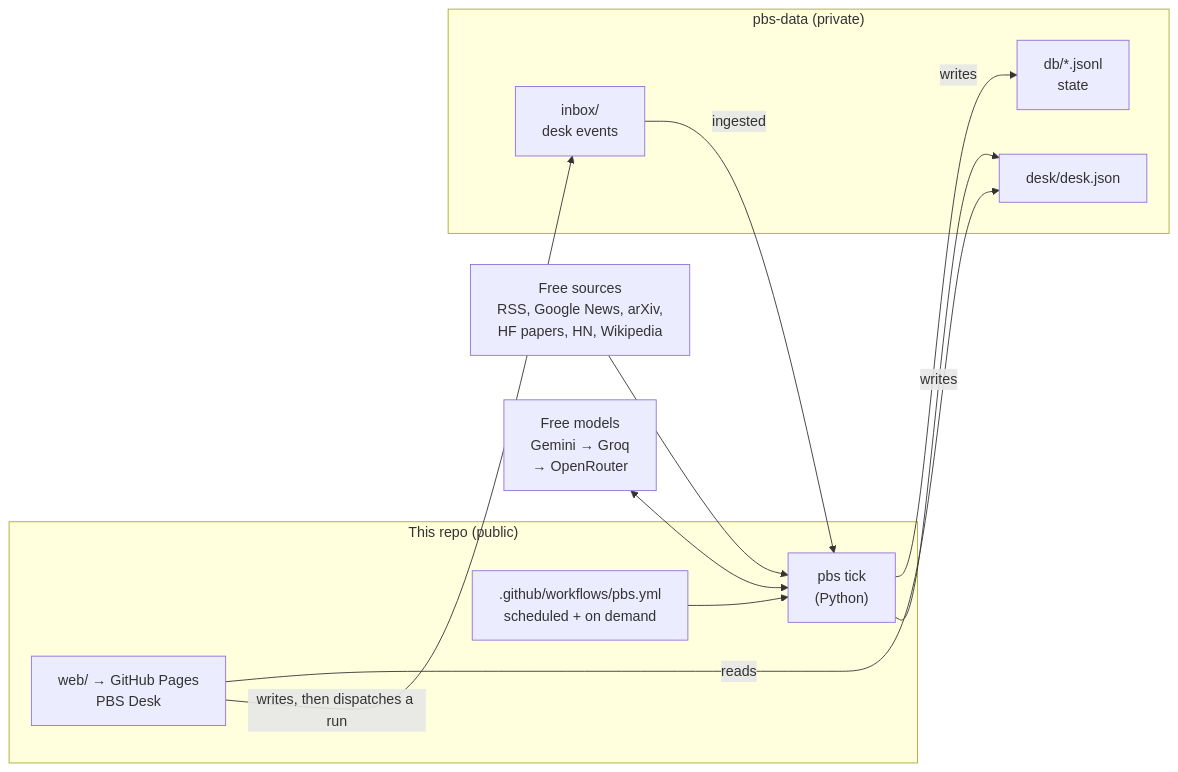
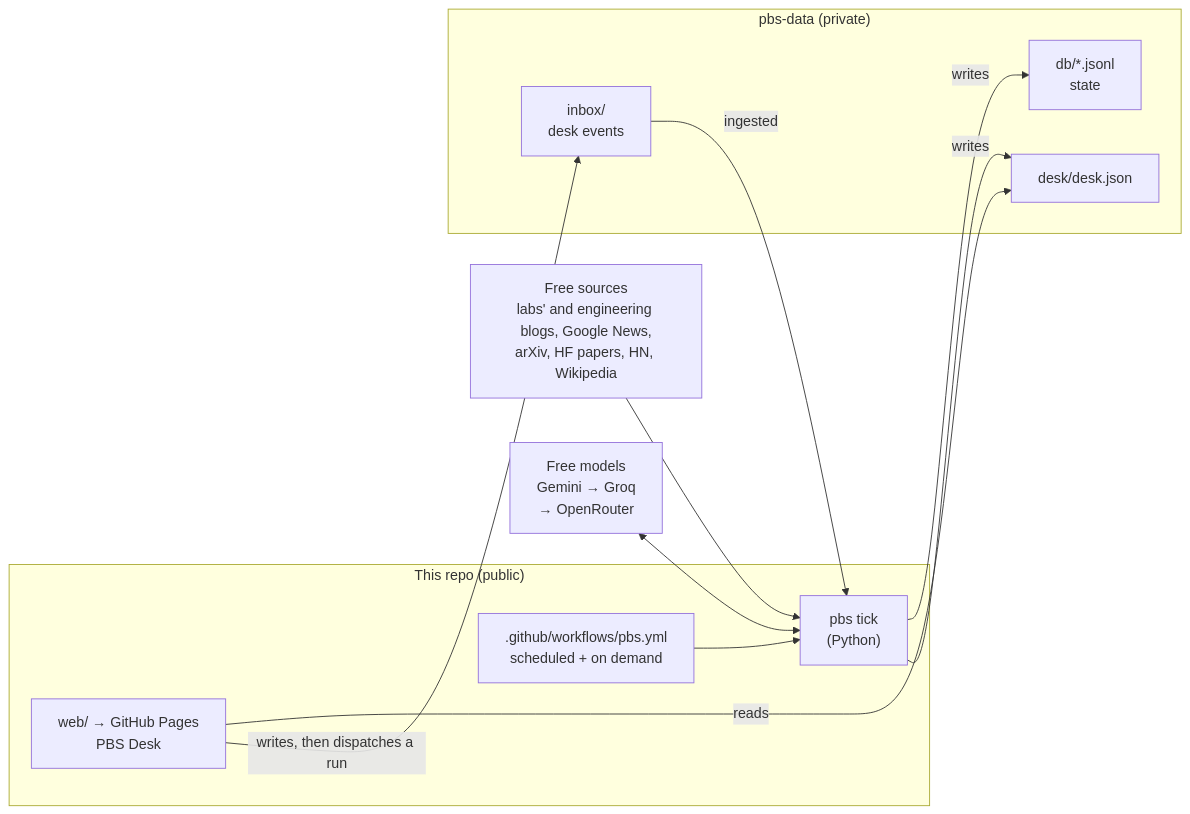
One commit to ankit0108/super-duper-potato changed the diagram in README.md. Above: the diagram before and after it, drawn with Mermaid. The commit also changed other lines of this file and 52 other files, not shown here.

````diff
--- a/README.md
+++ b/README.md
@@ -17,18 +17,18 @@
 ```mermaid
 flowchart LR
   subgraph code["This repo (public)"]
     A[".github/workflows/pbs.yml<br/>scheduled + on demand"] --> T["pbs tick<br/>(Python)"]
     D["web/ → GitHub Pages<br/>PBS Desk"]
   end
   subgraph data["pbs-data (private)"]
     DB["db/*.jsonl<br/>state"]
     DJ["desk/desk.json"]
     IN["inbox/<br/>desk events"]
   end
-  S["Free sources<br/>RSS, Google News, arXiv,<br/>HF papers, HN, Wikipedia"] --> T
+  S["Free sources<br/>labs' and engineering blogs, Google News,<br/>arXiv, HF papers, HN, Wikipedia"] --> T
   M["Free models<br/>Gemini → Groq<br/>→ OpenRouter"] <--> T
   T -- "writes" --> DB & DJ
   IN -- "ingested" --> T
   D -- "reads" --> DJ
   D -- "writes, then dispatches a run" --> IN
 ```
````
